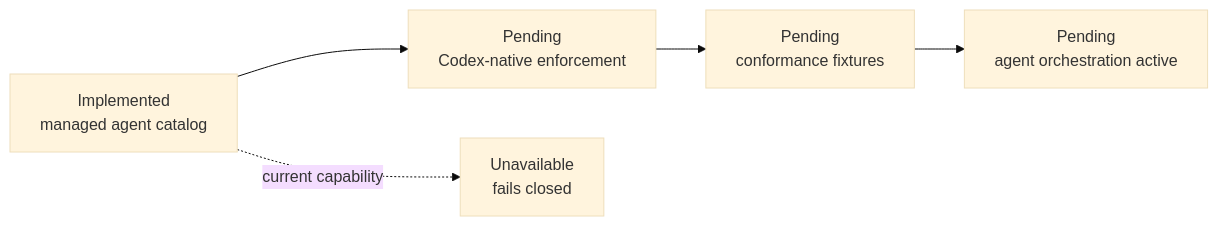
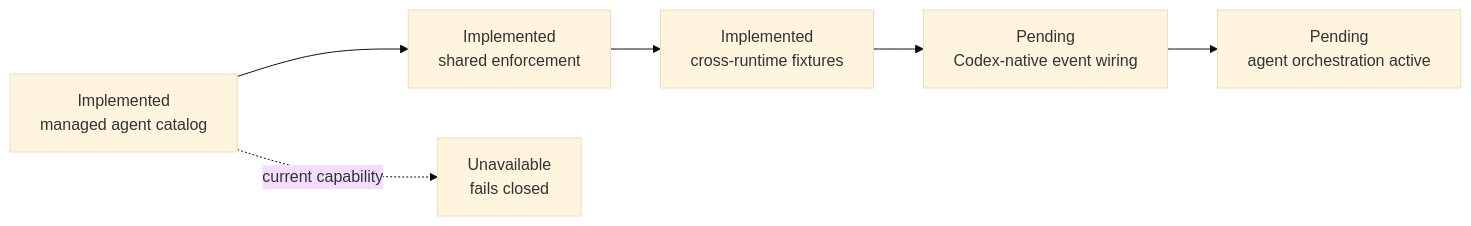
The diagram in adapters/codex/README.md (agentic-os-brasil/bcg-brasil-agentic-os), drawn with Mermaid (base theme) before and after one commit. The commit also changed other lines of this file and 7 other files, not shown here.

Commit message:
feat: enforce governed agent orchestration

````diff
--- a/adapters/codex/README.md
+++ b/adapters/codex/README.md
@@ -19,7 +26,8 @@
 ```mermaid
 flowchart LR
-    Catalog["Implemented<br/>managed agent catalog"] --> Adapter["Pending<br/>Codex-native enforcement"]
-    Adapter --> Fixtures["Pending<br/>conformance fixtures"]
-    Fixtures --> Active["Pending<br/>agent orchestration active"]
+    Catalog["Implemented<br/>managed agent catalog"] --> Adapter["Implemented<br/>shared enforcement"]
+    Adapter --> Fixtures["Implemented<br/>cross-runtime fixtures"]
+    Fixtures --> Wiring["Pending<br/>Codex-native event wiring"]
+    Wiring --> Active["Pending<br/>agent orchestration active"]
     Catalog -.->|current capability| Unavailable["Unavailable<br/>fails closed"]
 ```
````
